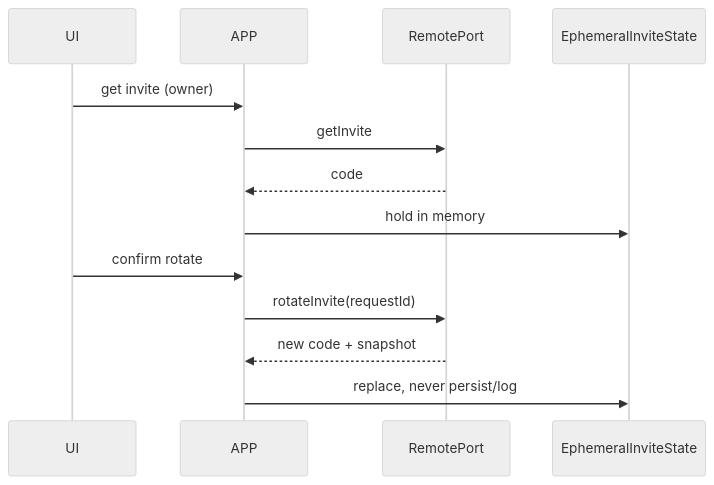
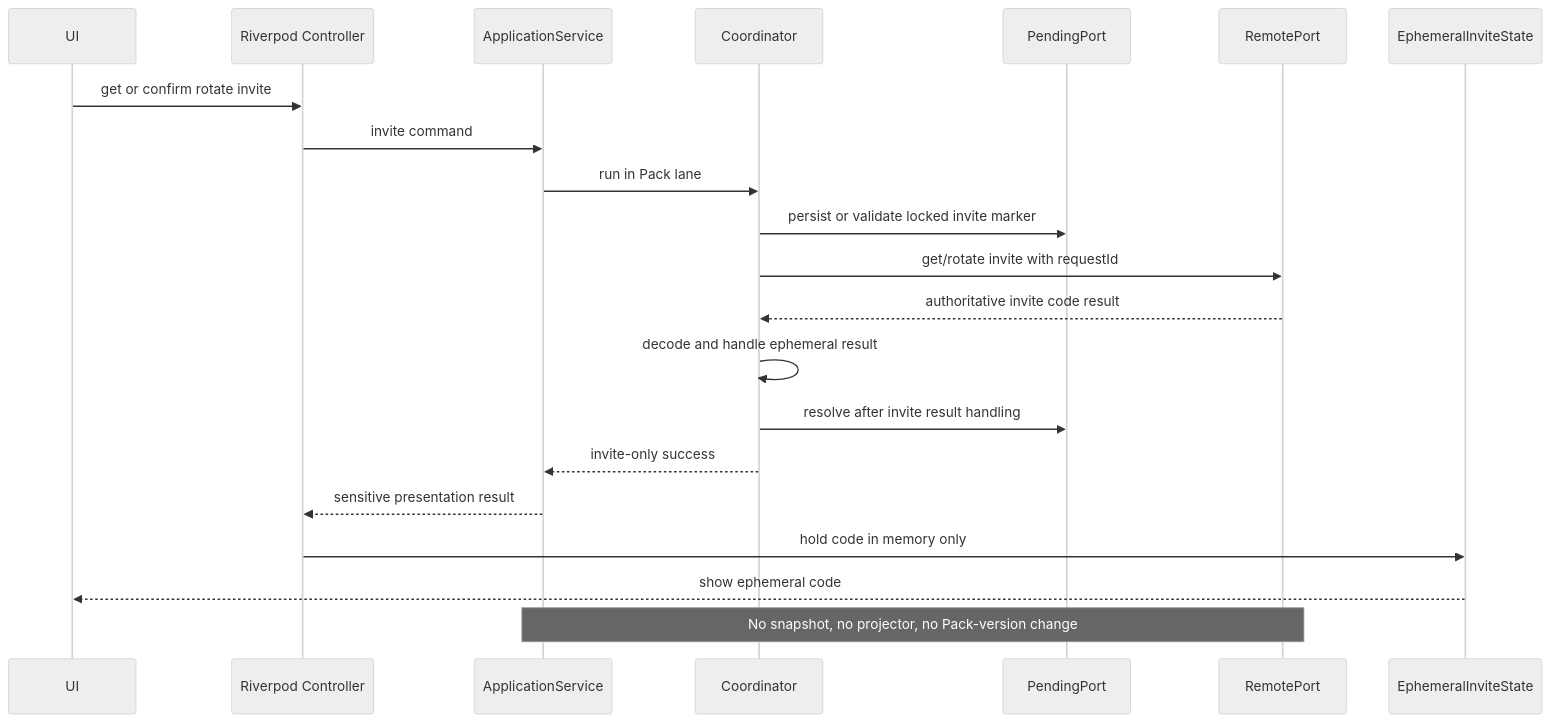
The eighth of 12 diagrams in docs/core/14_shared_pack_application_ui_test_contract_v1.md (happybanxlala/reminder_app), drawn with Mermaid (neutral theme) before and after one commit. The commit also changed other lines of this file, not shown here.

````diff
--- a/docs/core/14_shared_pack_application_ui_test_contract_v1.md
+++ b/docs/core/14_shared_pack_application_ui_test_contract_v1.md
@@ -1091,15 +1141,23 @@
 ```mermaid
 sequenceDiagram
   participant UI
-  participant APP
+  participant RP as Riverpod Controller
+  participant APP as ApplicationService
+  participant COORD as Coordinator
+  participant PEND as PendingPort
   participant REM as RemotePort
   participant VIEW as EphemeralInviteState
-  UI->>APP: get invite (owner)
-  APP->>REM: getInvite
-  REM-->>APP: code
-  APP->>VIEW: hold in memory
-  UI->>APP: confirm rotate
-  APP->>REM: rotateInvite(requestId)
-  REM-->>APP: new code + snapshot
-  APP->>VIEW: replace, never persist/log
+  UI->>RP: get or confirm rotate invite
+  RP->>APP: invite command
+  APP->>COORD: run in Pack lane
+  COORD->>PEND: persist or validate locked invite marker
+  COORD->>REM: get/rotate invite with requestId
+  REM-->>COORD: authoritative invite code result
+  COORD->>COORD: decode and handle ephemeral result
+  COORD->>PEND: resolve after invite result handling
+  COORD-->>APP: invite-only success
+  APP-->>RP: sensitive presentation result
+  RP->>VIEW: hold code in memory only
+  VIEW-->>UI: show ephemeral code
+  Note over APP,REM: No snapshot, no projector, no Pack-version change
 ```
````
